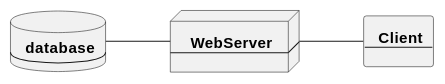
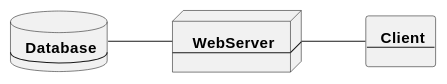
Before and after one commit to MattiaRiola/ezgas: the fourth of 5 diagrams in docs/RequirementsDocument.md, drawn with PlantUML.

Commit message:
Minor fix: Edit system design

````diff
--- a/docs/RequirementsDocument.md
+++ b/docs/RequirementsDocument.md
@@ -351,26 +351,26 @@
 ```plantuml
 @startuml
 left to right direction
 
-database database [
-<b> database
+database Database [
+<b> Database
 ----
 ]
 
 node WebServer [
 <b> WebServer
 ----
 ]
 
 rectangle Client[
 <b> Client
 ----
 ]
 
 
-database == WebServer
+Database == WebServer
 WebServer == Client
 
 
 @enduml
 ```
````
